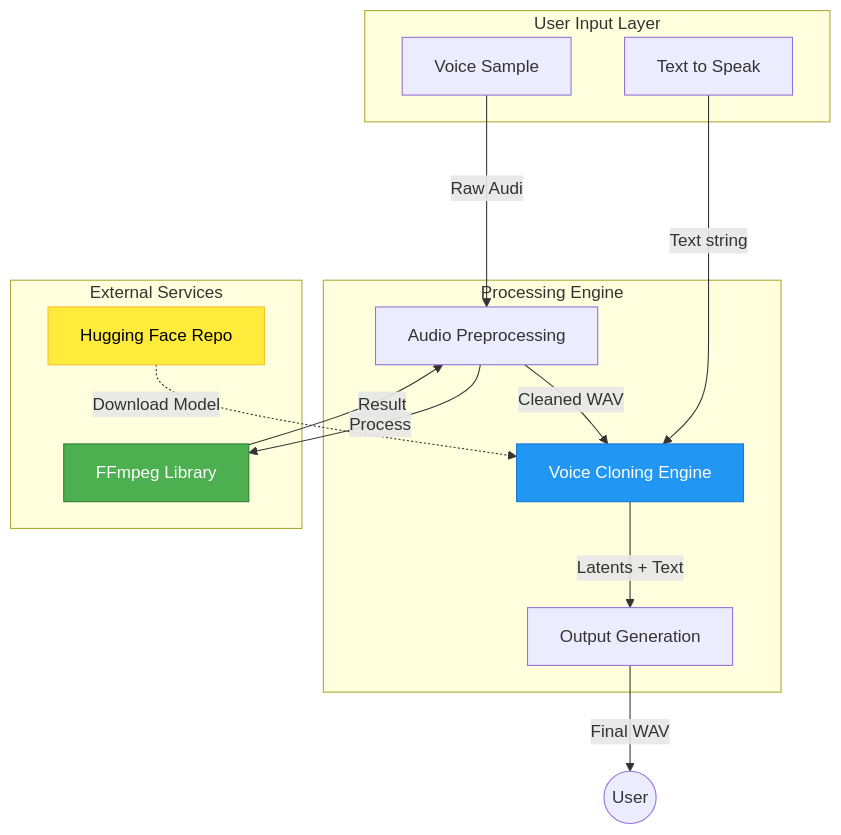
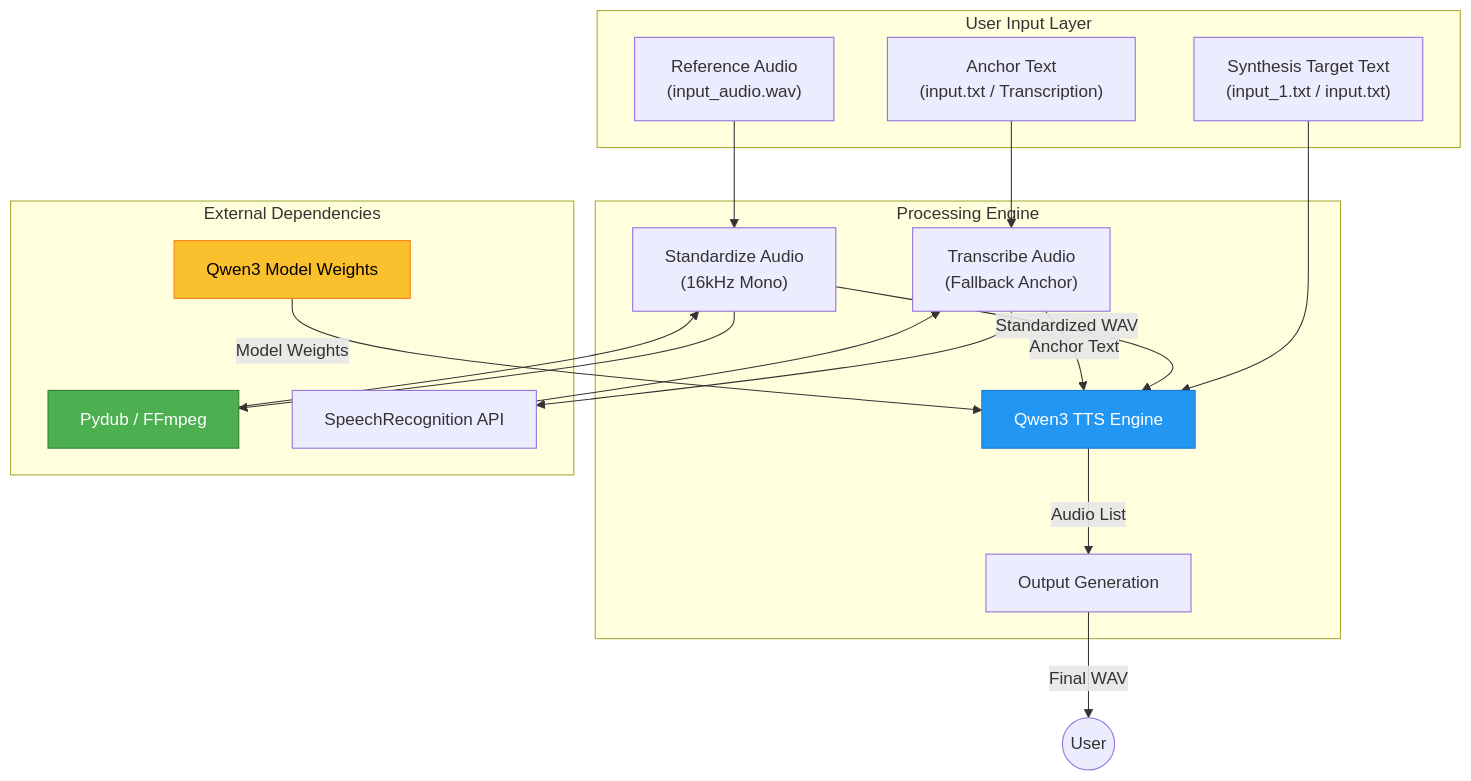
One commit to Rujwal88/GRL-Task- changed the diagram in docs/architecture.md. Above: the diagram before and after it, drawn with Mermaid. The commit also changed other lines of this file and 1 other file, not shown here.

Commit message:
Updated  architecture and dfd

````diff
--- a/docs/architecture.md
+++ b/docs/architecture.md
@@ -7,36 +7,43 @@
 ```mermaid
 graph TD
     subgraph "User Input Layer"
-        Input_Text[Text to Speak]
-        Input_Voice[Voice Sample]
+        Input_Text["Synthesis Target Text<br/>(input_1.txt / input.txt)"]
+        Input_Anchor["Anchor Text<br/>(input.txt / Transcription)"]
+        Input_Voice["Reference Audio<br/>(input_audio.wav)"]
     end
 
     subgraph "Processing Engine"
-        APM[Audio Preprocessing]
-        VCE[Voice Cloning Engine]
+        SA["Standardize Audio<br/>(16kHz Mono)"]
+        TA["Transcribe Audio<br/>(Fallback Anchor)"]
+        Q3["Qwen3 TTS Engine"]
         OG[Output Generation]
     end
 
-    subgraph "External Services"
-        HF[Hugging Face Repo]
-        FFMPEG[FFmpeg Library]
+    subgraph "External Dependencies"
+        Q3M["Qwen3 Model Weights"]
+        PD["Pydub / FFmpeg"]
+        SR["SpeechRecognition API"]
     end
 
-    %% Component Connections
-    Input_Voice --Raw Audio--> APM
-    APM --Process--> FFMPEG
-    FFMPEG --Result--> APM
-  
-    Input_Text --Text string--> VCE
-    APM --Cleaned WAV--> VCE
-  
-    HF -.Download Model.-> VCE
-  
-    VCE --Latents + Text--> OG
+    %% Flow
+    Input_Voice --> SA
+    SA --> PD
+    PD --> SA
+    
+    Input_Anchor --> TA
+    TA --> SR
+    SR --> TA
+    
+    Input_Text --> Q3
+    SA --Standardized WAV--> Q3
+    TA --Anchor Text--> Q3
+    Q3M --Model Weights--> Q3
+    
+    Q3 --Audio List--> OG
     OG --Final WAV--> User((User))
 
-    %% Formatting
-    style HF fill:#ffeb3b,stroke:#fbc02d,color:#000
-    style FFMPEG fill:#4caf50,stroke:#2e7d32,color:#fff
-    style VCE fill:#2196f3,stroke:#1976d2,color:#fff
+    %% Styles
+    style Q3M fill:#fbc02d,stroke:#f57f17,color:#000
+    style PD fill:#4caf50,stroke:#2e7d32,color:#fff
+    style Q3 fill:#2196f3,stroke:#1976d2,color:#fff
 ```
````
